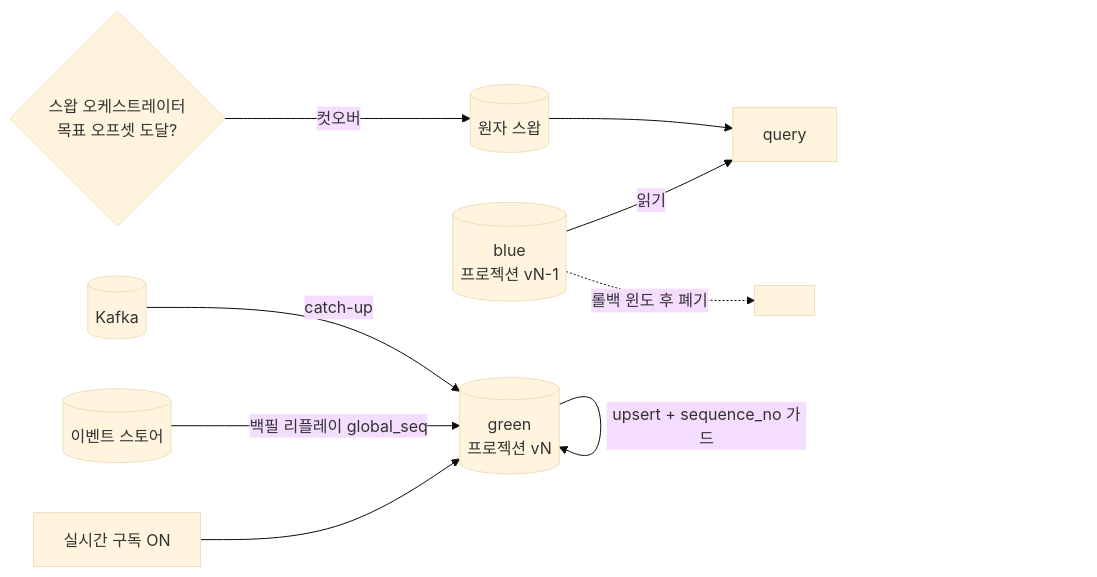
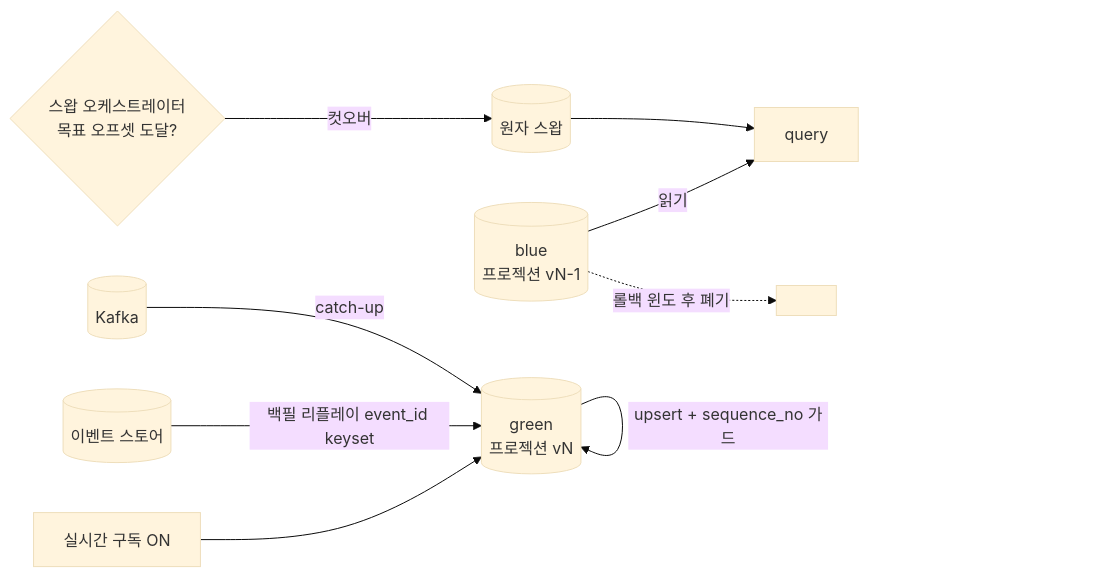
Before and after one commit to newkayak12/prototype-reservation-system: the fourth of 4 diagrams in docs/v2/rfc/RFC-011-projection-rebuild-catchup.md, drawn with Mermaid (base theme). The commit also changed other lines of this file and 9 other files, not shown here.

````diff
--- a/docs/v2/rfc/RFC-011-projection-rebuild-catchup.md
+++ b/docs/v2/rfc/RFC-011-projection-rebuild-catchup.md
@@ -181,11 +181,11 @@
 ```mermaid
 graph LR
     SUB[실시간 구독 ON] --> GREEN[(green<br/>프로젝션 vN)]
-    ES[(이벤트 스토어)] -->|백필 리플레이 global_seq| GREEN
+    ES[(이벤트 스토어)] -->|백필 리플레이 event_id keyset| GREEN
     K[(Kafka)] -->|catch-up| GREEN
     GREEN -->|upsert + sequence_no 가드| GREEN
     ORCH{스왑 오케스트레이터<br/>목표 오프셋 도달?} -->|컷오버| SWAP[(원자 스왑)]
     BLUE[(blue<br/>프로젝션 vN-1)] -->|읽기| Q[query]
     SWAP --> Q
     BLUE -. 롤백 윈도 후 폐기 .-> X[ ]
 ```
````
